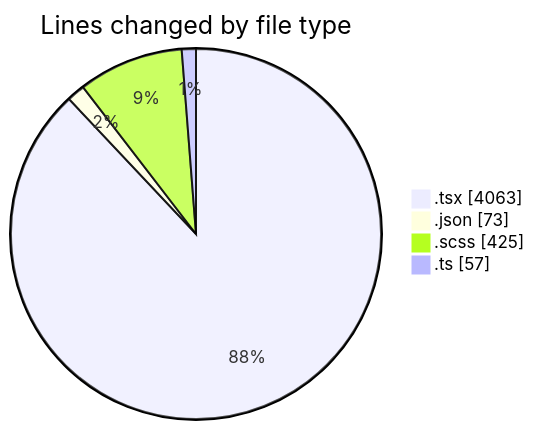
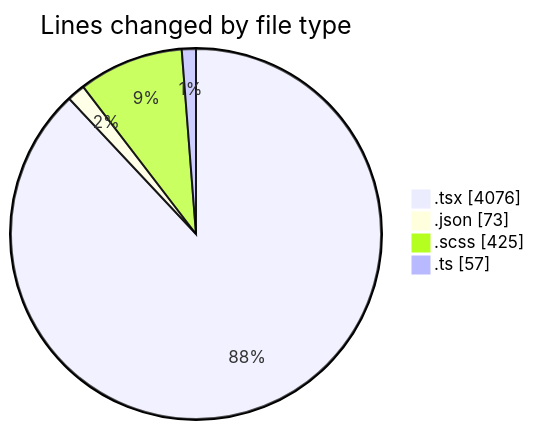
Before and after one commit to momahboobian/code-tracking: the first of 2 diagrams in 2025-10-02/cda/README.md, drawn with Mermaid. The commit also changed other lines of this file and 1 other file, not shown here.

````diff
--- a/2025-10-02/cda/README.md
+++ b/2025-10-02/cda/README.md
@@ -29,8 +29,8 @@
 ```mermaid
 pie showData
 title Lines changed by file type
-".tsx" : 4063
+".tsx" : 4076
 ".json" : 73
 ".scss" : 425
 ".ts" : 57
 ```
````
